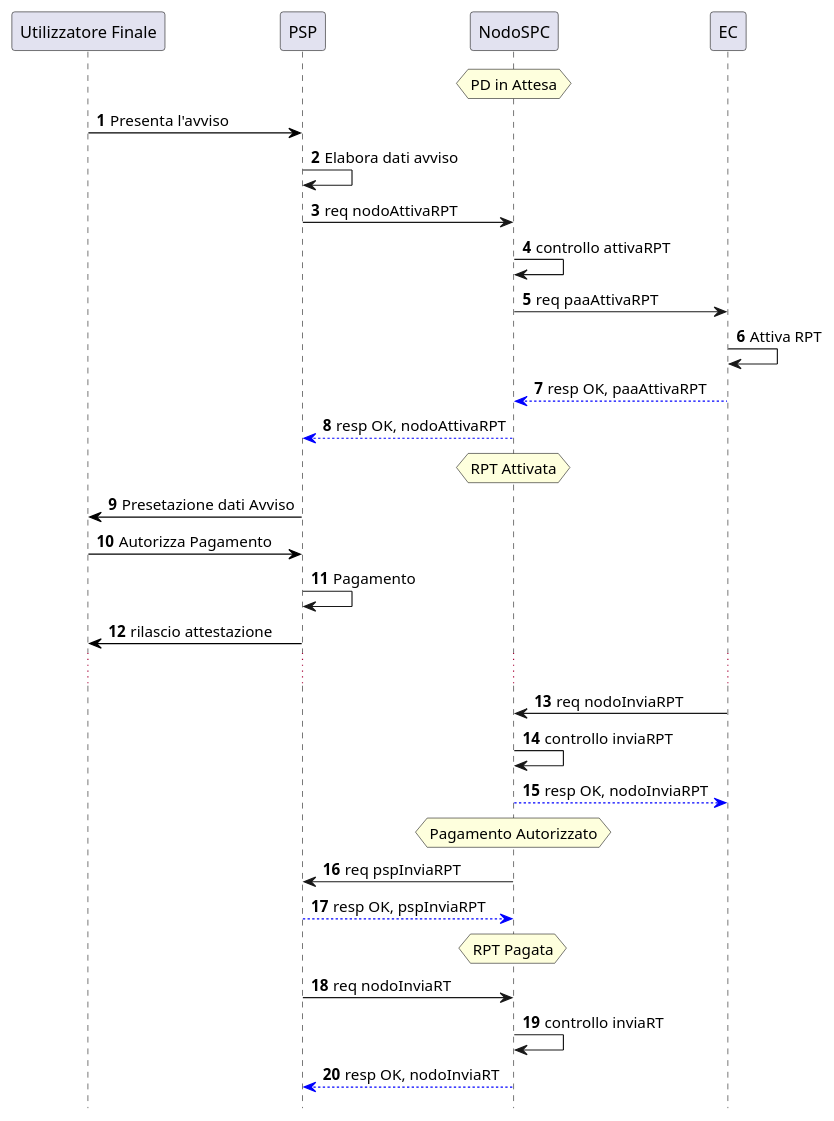
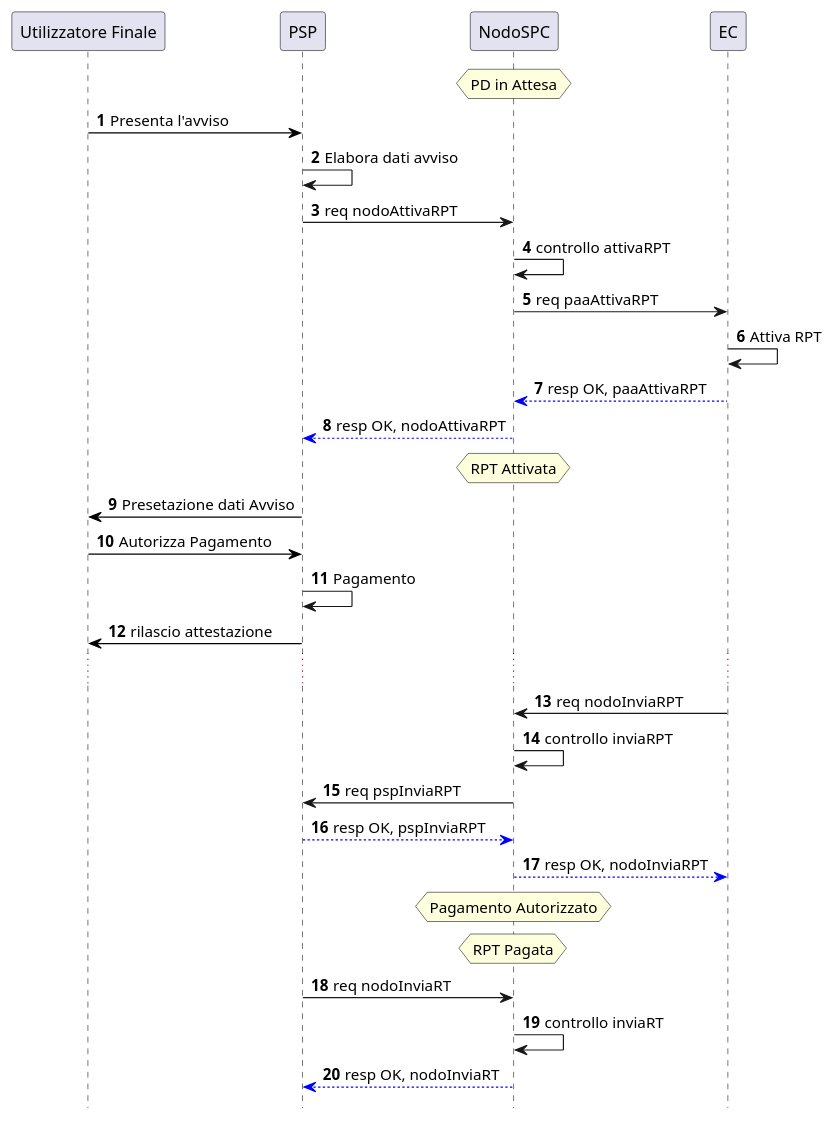
One commit to pagopa-archive/pagopa-specifichepagamenti-docs changed the diagram in puml-diagrams/sdd_pagamento_presso_psp.puml. Above: the diagram before and after it, drawn with PlantUML. The commit also changed 1 other file, not shown here.

Commit message:
fix invio RPT mod3
quando l'EC riceve la response alla primitiva pspInviaRPT, la RPT è stata consegnata al PSP

```diff
--- a/puml-diagrams/sdd_pagamento_presso_psp.puml
+++ b/puml-diagrams/sdd_pagamento_presso_psp.puml
@@ -1,50 +1,51 @@
 @startuml
 hide footbox
 autonumber
 participant Cittadino as "Utilizzatore Finale"
 participant PSP
 participant NodoSPC
 participant EC
 
 hnote over NodoSPC : PD in Attesa
 
 Cittadino [#000000]-> PSP: Presenta l'avviso
 
 PSP -> PSP: Elabora dati avviso 
 
 
 PSP -> NodoSPC: req nodoAttivaRPT
 NodoSPC -> NodoSPC : controllo attivaRPT
 
 NodoSPC -> EC : req paaAttivaRPT
 EC -> EC : Attiva RPT
 EC -[#0000FF]-> NodoSPC : resp OK, paaAttivaRPT
 
 NodoSPC -[#0000FF]-> PSP : resp OK, nodoAttivaRPT
 
 hnote over NodoSPC : RPT Attivata
 PSP [#black]-> Cittadino : Presetazione dati Avviso
 Cittadino [#black]-> PSP : Autorizza Pagamento
 PSP -> PSP : Pagamento
 PSP [#black]-> Cittadino: rilascio attestazione
 ...
 
 EC -> NodoSPC : req nodoInviaRPT
 NodoSPC -> NodoSPC : controllo inviaRPT
-
+NodoSPC -> PSP : req pspInviaRPT
+PSP -[#0000FF]-> NodoSPC : resp OK, pspInviaRPT
 NodoSPC -[#0000FF]-> EC : resp OK, nodoInviaRPT
 hnote over NodoSPC : Pagamento Autorizzato
 
 
-NodoSPC -> PSP : req pspInviaRPT
-PSP -[#0000FF]-> NodoSPC : resp OK, pspInviaRPT
+
+
 
 
 hnote over NodoSPC : RPT Pagata
 
 PSP -> NodoSPC : req nodoInviaRT
 NodoSPC -> NodoSPC : controllo inviaRT
 NodoSPC -[#0000FF]-> PSP : resp OK, nodoInviaRT
 
 
 @enduml
```
